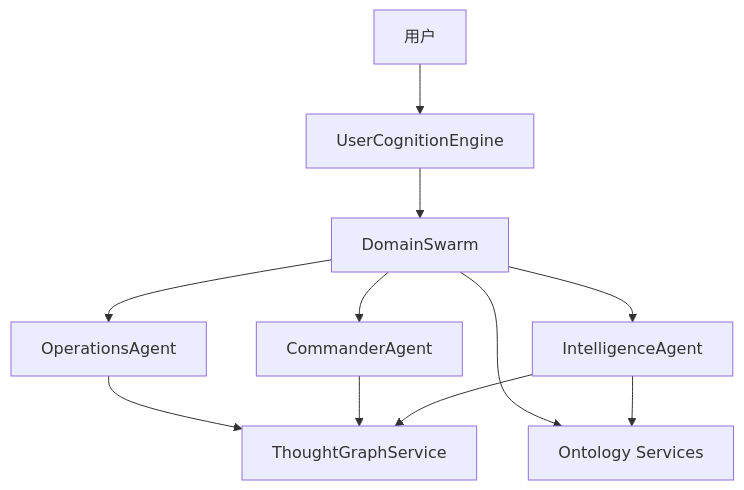
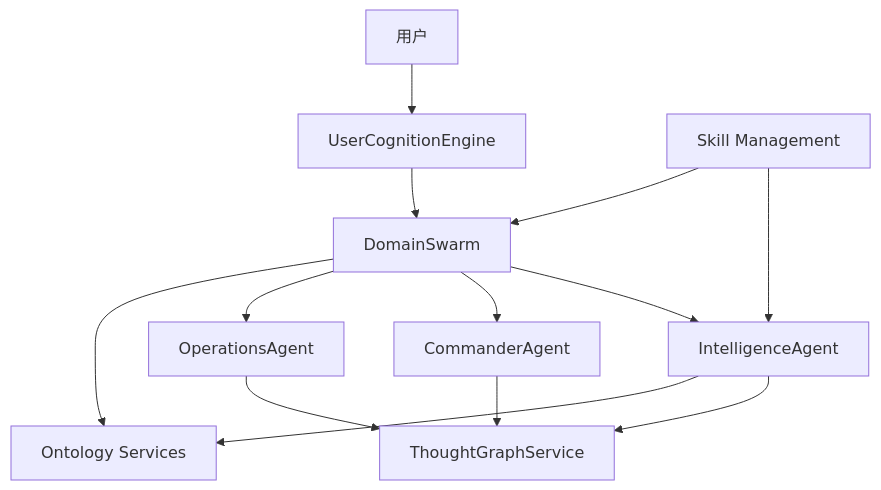
One commit to inier/ontology-graphiti changed the second of 11 diagrams in .qoder/repowiki/zh/content/架构设计/分层架构设计/L3-L4 业务层/智能体协同系统.md. Above: the diagram before and after it, drawn with Mermaid. The commit also changed other lines of this file and 7 other files, not shown here.

First line of the commit message:
fix: 策略编辑器移除审计日志Tab + 业务规则归入语义地图

````diff
--- a/.qoder/repowiki/zh/content/架构设计/分层架构设计/L3-L4 业务层/智能体协同系统.md
+++ b/.qoder/repowiki/zh/content/架构设计/分层架构设计/L3-L4 业务层/智能体协同系统.md
@@ -94,21 +118,24 @@
 ```mermaid
 graph TB
 U["用户"]
 UCE["UserCognitionEngine"]
 SO["DomainSwarm"]
 IA["IntelligenceAgent"]
 CA["CommanderAgent"]
 OA["OperationsAgent"]
 TGS["ThoughtGraphService"]
 ONTO["Ontology Services"]
+SM["Skill Management"]
 U --> UCE
 UCE --> SO
 SO --> IA
 SO --> CA
 SO --> OA
 IA --> TGS
 CA --> TGS
 OA --> TGS
 IA --> ONTO
 SO --> ONTO
+SM --> IA
+SM --> SO
 ```
````
